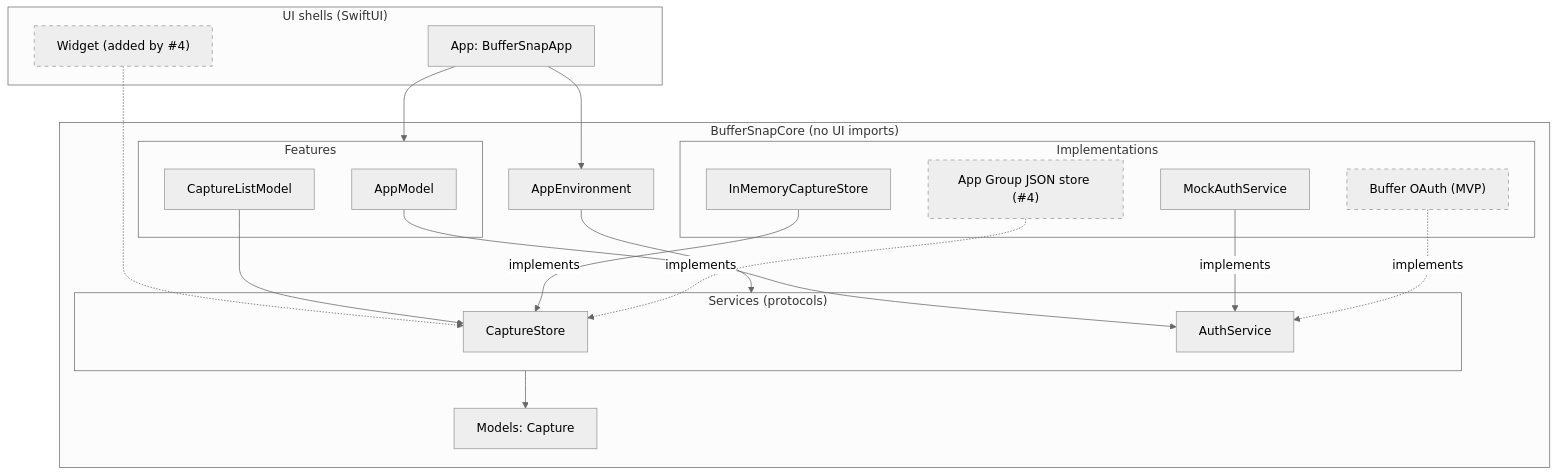
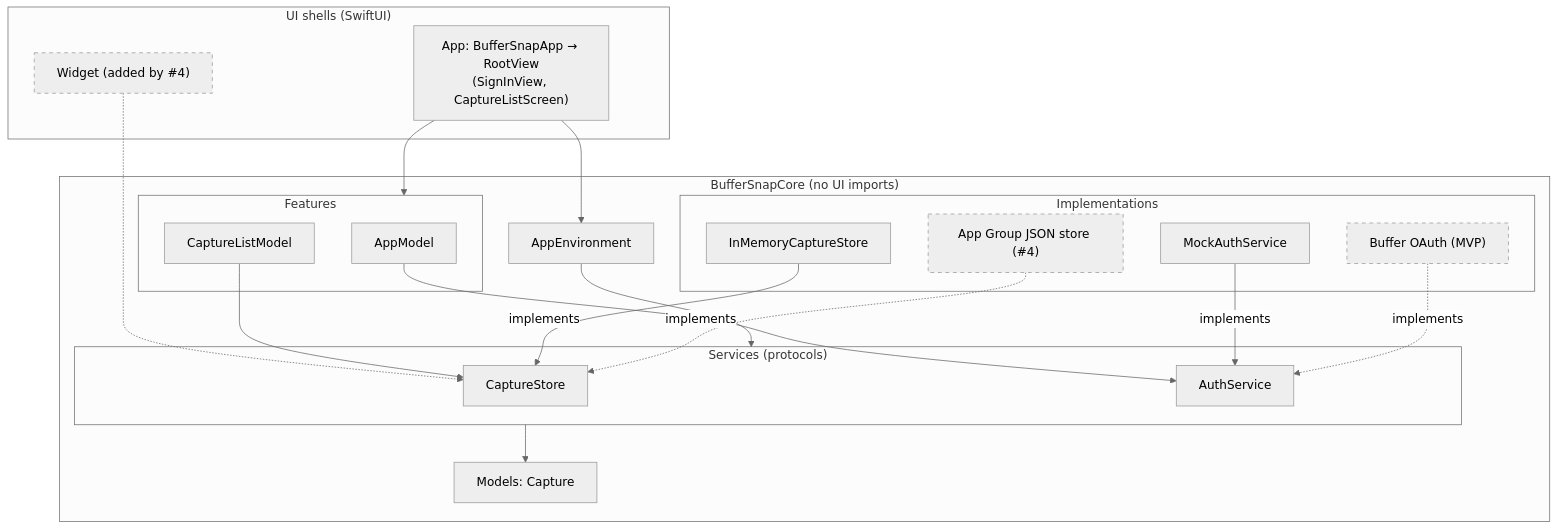
The first of 2 diagrams in docs/architecture.md (southp/buffer-snap), drawn with Mermaid (neutral theme) before and after one commit. The commit also changed other lines of this file and 1 other file, not shown here.

First line of the commit message:
Docs: Describe the app's view conventions

````diff
--- a/docs/architecture.md
+++ b/docs/architecture.md
@@ -21,41 +24,41 @@
 ```mermaid
 flowchart TD
     subgraph shells["UI shells (SwiftUI)"]
-        App["App: BufferSnapApp"]
+        App["App: BufferSnapApp → RootView<br/>(SignInView, CaptureListScreen)"]
         Widget["Widget (added by #35;4)"]
     end
 
     subgraph core["BufferSnapCore (no UI imports)"]
         Env["AppEnvironment"]
         subgraph features["Features"]
             AppModel["AppModel"]
             CaptureListModel["CaptureListModel"]
         end
         subgraph services["Services (protocols)"]
             CaptureStore["CaptureStore"]
             AuthService["AuthService"]
         end
         subgraph impls["Implementations"]
             InMemory["InMemoryCaptureStore"]
             MockAuth["MockAuthService"]
             FileStore["App Group JSON store (#35;4)"]
             OAuth["Buffer OAuth (MVP)"]
         end
         Capture["Models: Capture"]
     end
 
     App --> Env
     App --> features
     Widget -.-> CaptureStore
     Env --> services
     AppModel --> AuthService
     CaptureListModel --> CaptureStore
     InMemory -->|implements| CaptureStore
     FileStore -.->|implements| CaptureStore
     MockAuth -->|implements| AuthService
     OAuth -.->|implements| AuthService
     services --> Capture
 
     classDef planned stroke-dasharray: 5 5
     class Widget,FileStore,OAuth planned
 ```
````
